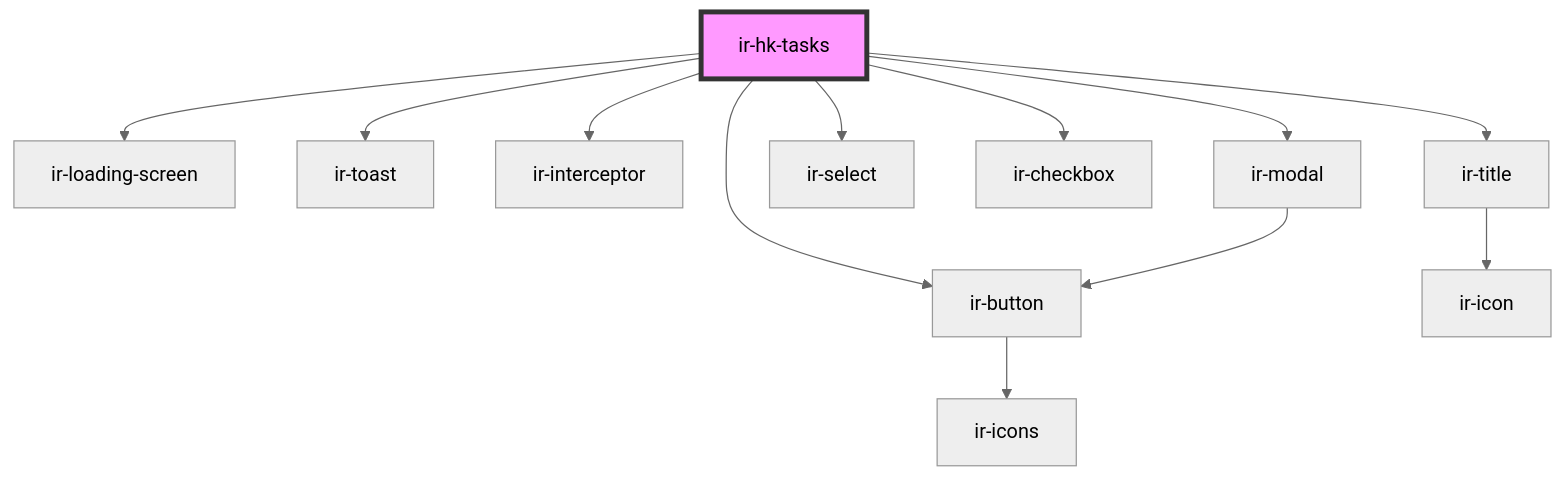
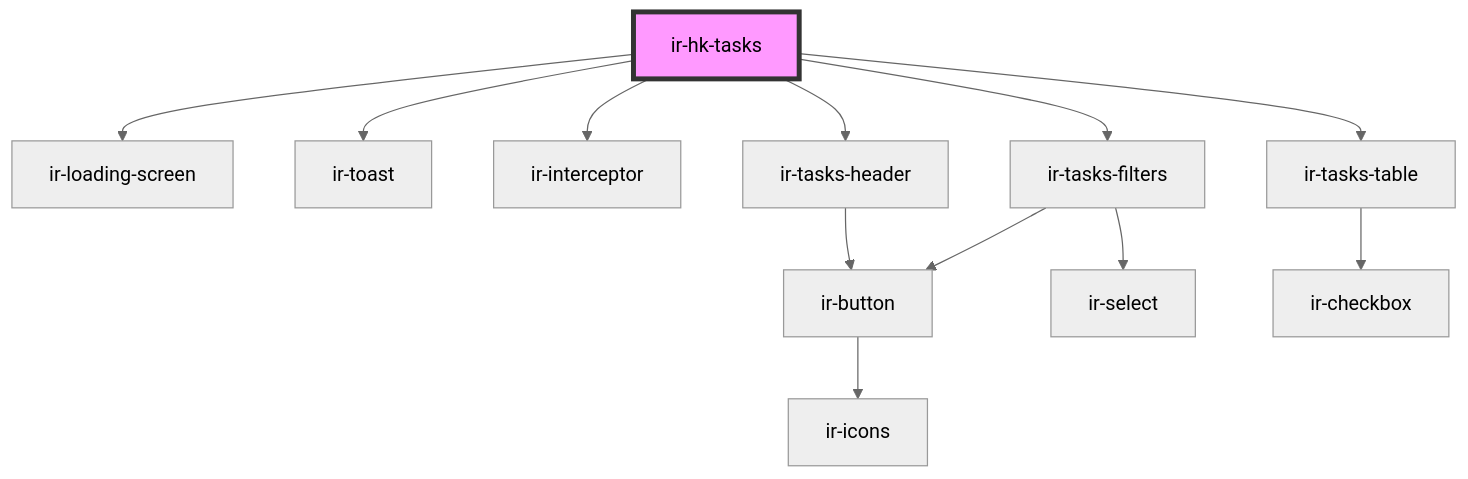
The diagram in src/components/ir-housekeeping/ir-hk-tasks/readme.md (David1Chowaifaty/modified-ir-webcmp), drawn with Mermaid (neutral theme) before and after one commit. The commit also changed other lines of this file and 34 other files, not shown here.

````diff
--- a/src/components/ir-housekeeping/ir-hk-tasks/readme.md
+++ b/src/components/ir-housekeeping/ir-hk-tasks/readme.md
@@ -32,15 +30,15 @@
 ```mermaid
 graph TD;
   ir-hk-tasks --> ir-loading-screen
   ir-hk-tasks --> ir-toast
   ir-hk-tasks --> ir-interceptor
-  ir-hk-tasks --> ir-title
-  ir-hk-tasks --> ir-button
-  ir-hk-tasks --> ir-select
-  ir-hk-tasks --> ir-checkbox
-  ir-hk-tasks --> ir-modal
-  ir-title --> ir-icon
+  ir-hk-tasks --> ir-tasks-header
+  ir-hk-tasks --> ir-tasks-filters
+  ir-hk-tasks --> ir-tasks-table
+  ir-tasks-header --> ir-button
   ir-button --> ir-icons
-  ir-modal --> ir-button
+  ir-tasks-filters --> ir-select
+  ir-tasks-filters --> ir-button
+  ir-tasks-table --> ir-checkbox
   style ir-hk-tasks fill:#f9f,stroke:#333,stroke-width:4px
 ```
````
